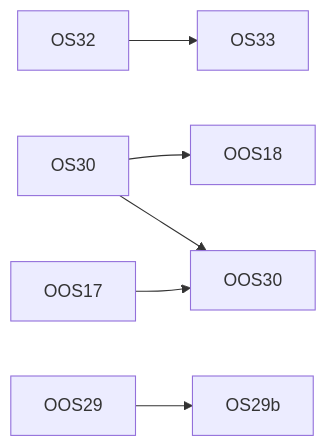
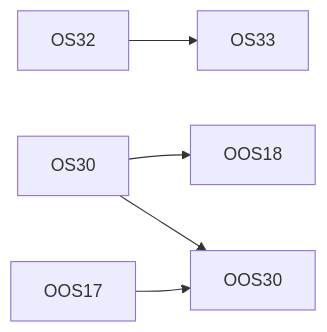
Before and after one commit to diy-accounting-uk/submit.diyaccounting.co.uk: the diagram in PLAN_ORGANIC_SEARCH.md, drawn with Mermaid. The commit also changed other lines of this file and 1 other file, not shown here.

First line of the commit message:
Board: the Wikidata item exists; OOS29 leaves, OS29b starts

````diff
--- a/PLAN_ORGANIC_SEARCH.md
+++ b/PLAN_ORGANIC_SEARCH.md
@@ -886,8 +885,7 @@
 ```mermaid
 flowchart LR
   OS32 --> OS33
   OS30 --> OOS18
-  OOS29 --> OS29b
   OS30 --> OOS30
   OOS17 --> OOS30
 ```
````
